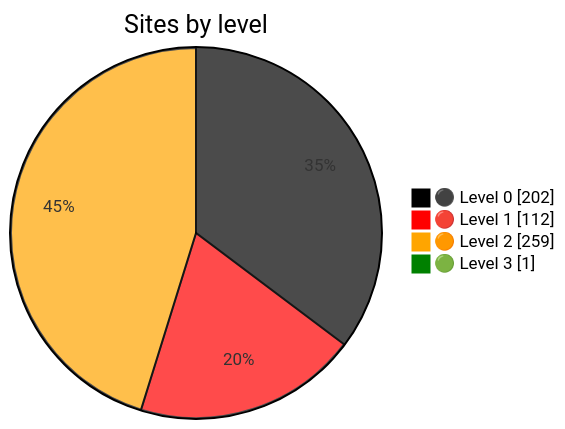
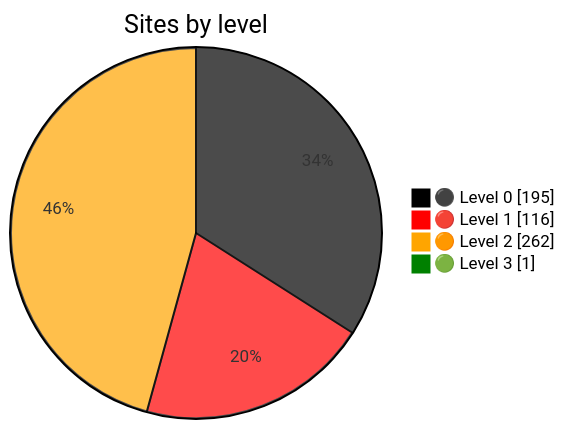
One commit to Dushmilan/gov_lk_web_auditor changed the diagram in README.md. Above: the diagram before and after it, drawn with Mermaid. The commit also changed other lines of this file and 2559 other files, not shown here.

````diff
--- a/README.md
+++ b/README.md
@@ -24,9 +24,9 @@
 ```mermaid
 %%{init: {"themeVariables":{"pie1":"black","pie2":"red","pie3":"orange","pie4":"green"}}}%%
 pie showData
     title Sites by level
-    "⚫ Level 0" : 202
-    "🔴 Level 1" : 112
-    "🟠 Level 2" : 259
+    "⚫ Level 0" : 195
+    "🔴 Level 1" : 116
+    "🟠 Level 2" : 262
     "🟢 Level 3" : 1
 ```
````
